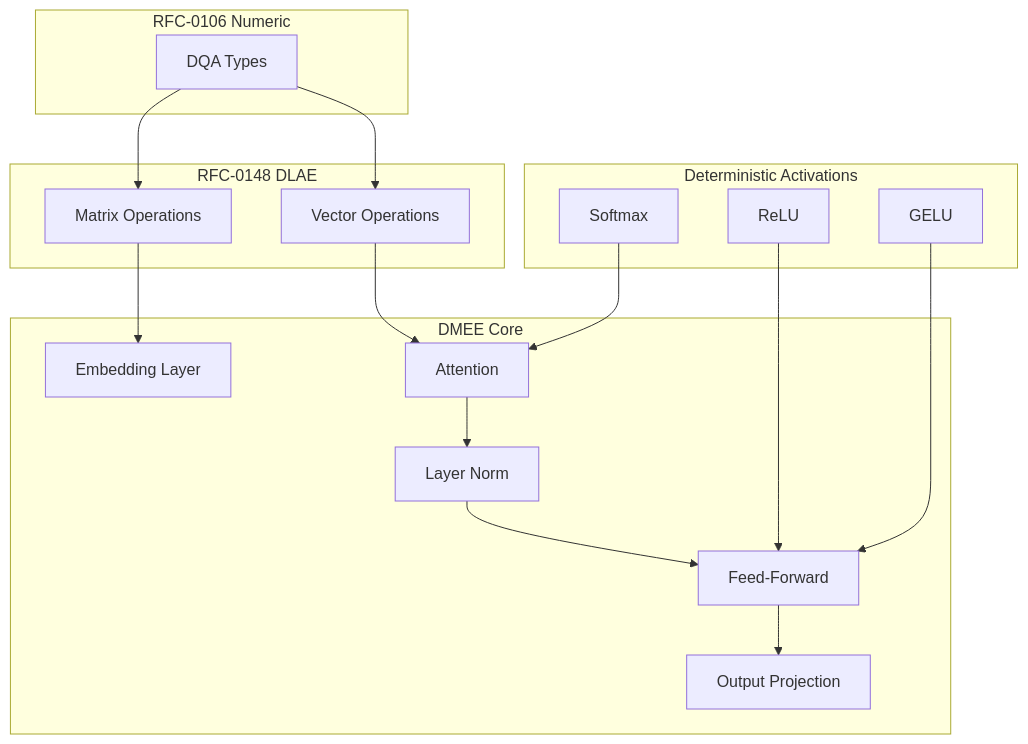
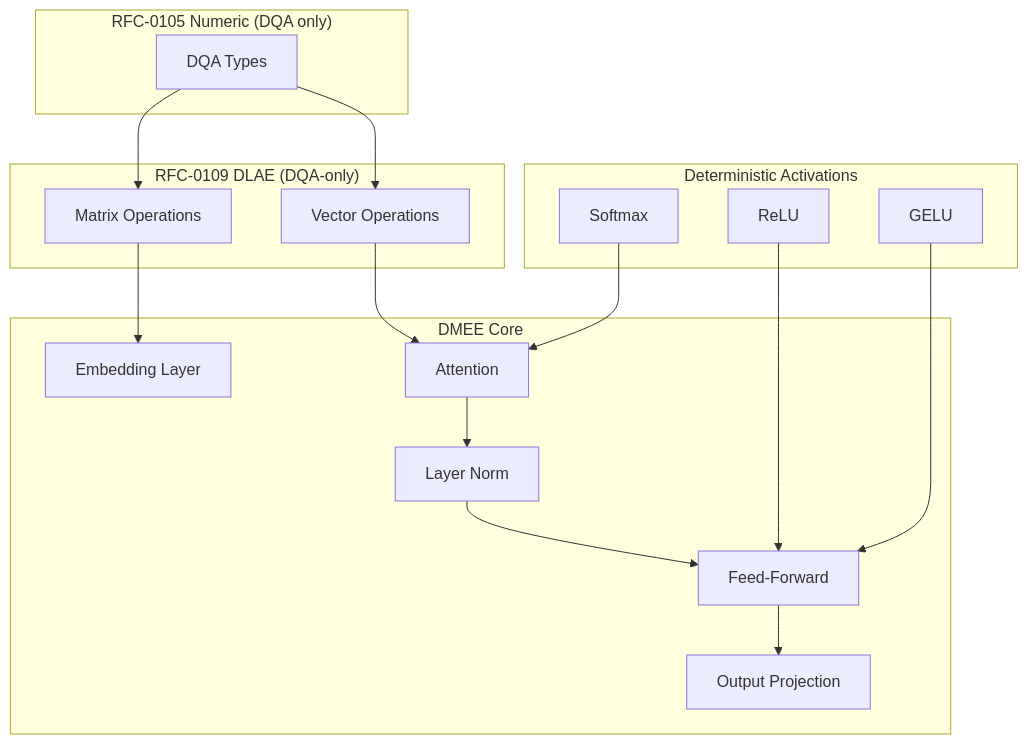
One commit to CipherOcto/cipherocto changed the diagram in rfcs/draft/ai-execution/0555-deterministic-model-execution-engine.md. Above: the diagram before and after it, drawn with Mermaid. The commit also changed other lines of this file and 3 other files, not shown here.

First line of the commit message:
docs: add RFC-0124 numeric contract to DFP/DQA ecosystem

````diff
--- a/rfcs/draft/ai-execution/0555-deterministic-model-execution-engine.md
+++ b/rfcs/draft/ai-execution/0555-deterministic-model-execution-engine.md
@@ -47,36 +50,36 @@
 ```mermaid
 graph TB
-    subgraph "RFC-0106 Numeric"
+    subgraph "RFC-0105 Numeric (DQA only)"
         DQA[DQA Types]
     end
 
-    subgraph "RFC-0148 DLAE"
+    subgraph "RFC-0109 DLAE (DQA-only)"
         MATMUL[Matrix Operations]
         VECTOR[Vector Operations]
     end
 
     subgraph "DMEE Core"
         EMBED[Embedding Layer]
         ATTN[Attention]
         FFN[Feed-Forward]
         NORM[Layer Norm]
         OUTPUT[Output Projection]
     end
 
     subgraph "Deterministic Activations"
         RELU[ReLU]
         GELU[GELU]
         SOFTMAX[Softmax]
     end
 
     DQA --> MATMUL
     DQA --> VECTOR
     MATMUL --> EMBED
     VECTOR --> ATTN
     ATTN --> NORM
     NORM --> FFN
     FFN --> OUTPUT
     RELU --> FFN
     GELU --> FFN
     SOFTMAX --> ATTN
 ```
````
